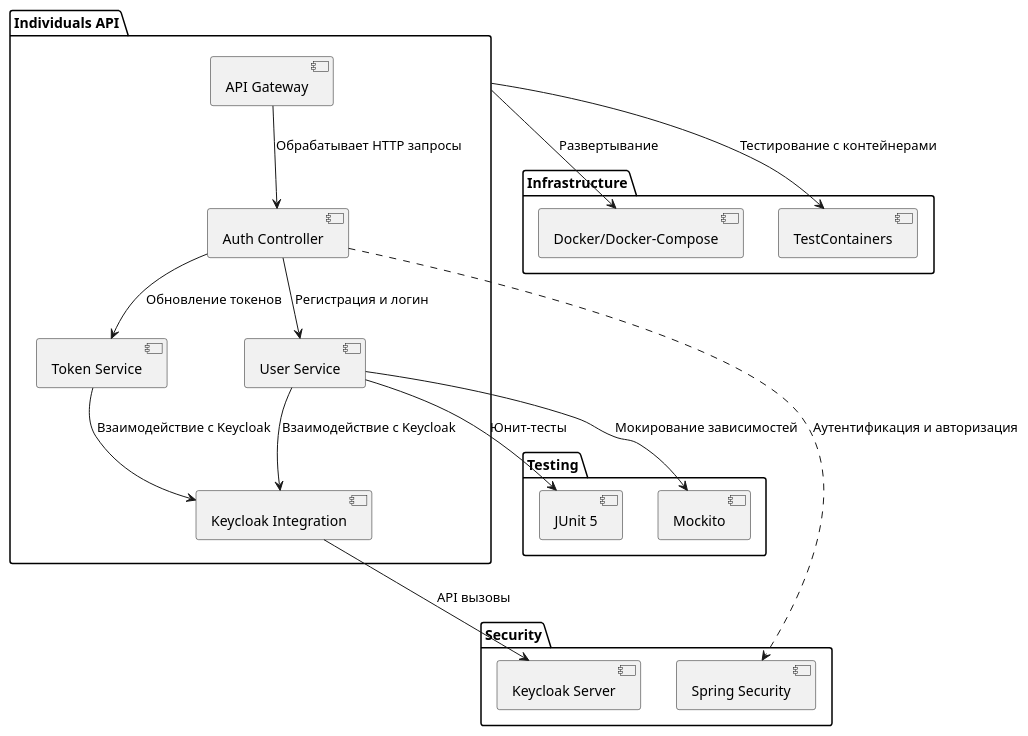
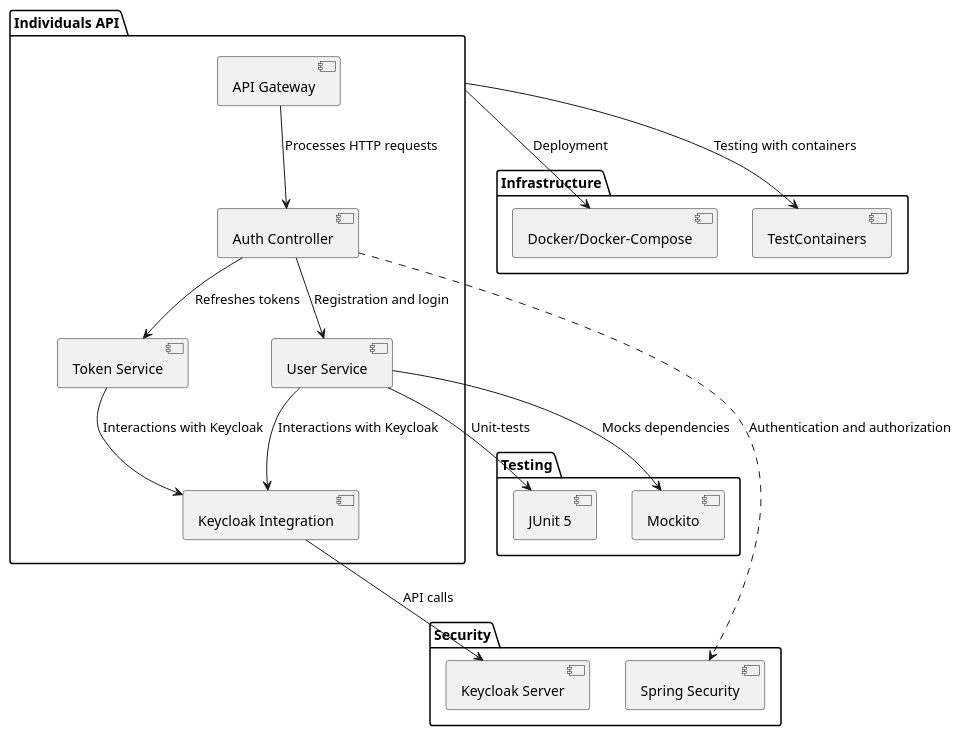
One commit to MelnykVL/fin-tech-app changed the diagram in docs/architecture/individuals-api-comp.puml. Above: the diagram before and after it, drawn with PlantUML.

Commit message:
Translated individuals-api-comp.puml into english

```diff
--- a/docs/architecture/individuals-api-comp.puml
+++ b/docs/architecture/individuals-api-comp.puml
@@ -1,35 +1,35 @@
 @startuml
 package "Individuals API" {
     [API Gateway]
     [Auth Controller]
     [User Service]
     [Token Service]
     [Keycloak Integration]
 }
 package "Security" {
     [Spring Security]
     [Keycloak Server]
 }
 package "Infrastructure" {
     [Docker/Docker-Compose]
     [TestContainers]
 }
 package "Testing" {
     [JUnit 5]
     [Mockito]
 }
 
-[API Gateway] --> [Auth Controller] : Обрабатывает HTTP запросы
-[Auth Controller] --> [User Service] : Регистрация и логин
-[Auth Controller] --> [Token Service] : Обновление токенов
-[User Service] --> [Keycloak Integration] : Взаимодействие с Keycloak
-[Token Service] --> [Keycloak Integration] : Взаимодействие с Keycloak
-[Keycloak Integration] --> [Keycloak Server] : API вызовы
+[API Gateway] --> [Auth Controller] : Processes HTTP requests
+[Auth Controller] --> [User Service] : Registration and login
+[Auth Controller] --> [Token Service] : Refreshes tokens
+[User Service] --> [Keycloak Integration] : Interactions with Keycloak
+[Token Service] --> [Keycloak Integration] : Interactions with Keycloak
+[Keycloak Integration] --> [Keycloak Server] : API calls
 
-[Auth Controller] ..> [Spring Security] : Аутентификация и авторизация
+[Auth Controller] ..> [Spring Security] : Authentication and authorization
 
-[Individuals API] --> [Docker/Docker-Compose] : Развертывание
-[Individuals API] --> [TestContainers] : Тестирование с контейнерами
-[User Service] --> [JUnit 5] : Юнит-тесты
-[User Service] --> [Mockito] : Мокирование зависимостей
+[Individuals API] --> [Docker/Docker-Compose] : Deployment
+[Individuals API] --> [TestContainers] : Testing with containers
+[User Service] --> [JUnit 5] : Unit-tests
+[User Service] --> [Mockito] : Mocks dependencies
 @enduml
```
